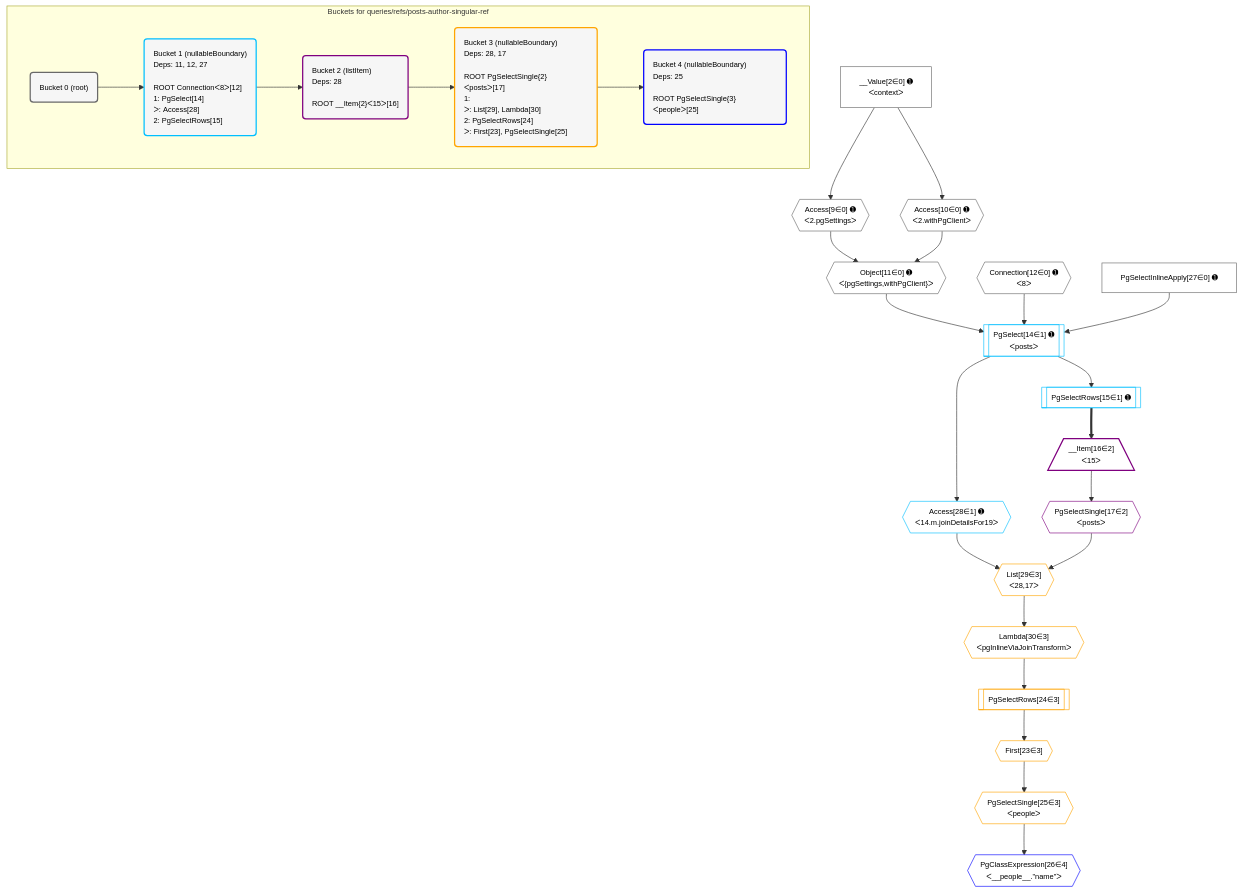
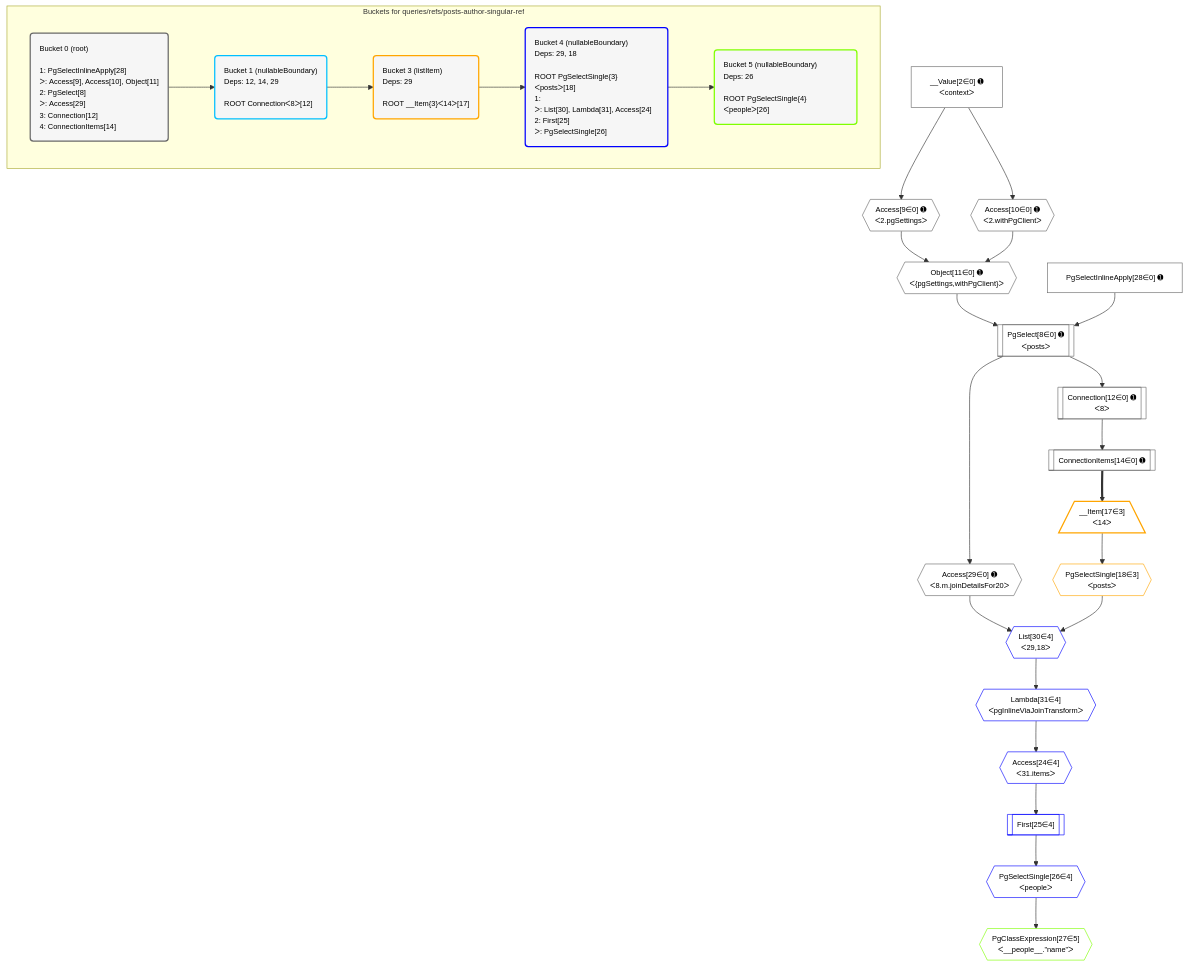
Before and after one commit to graphile/crystal: the diagram in postgraphile/postgraphile/__tests__/queries/refs/posts-author-singular-ref.mermaid, drawn with Mermaid. The commit also changed 2 other files, not shown here.

```diff
--- a/postgraphile/postgraphile/__tests__/queries/refs/posts-author-singular-ref.mermaid
+++ b/postgraphile/postgraphile/__tests__/queries/refs/posts-author-singular-ref.mermaid
@@ -1,65 +1,66 @@
 %%{init: {'themeVariables': { 'fontSize': '12px'}}}%%
 graph TD
     classDef path fill:#eee,stroke:#000,color:#000
     classDef plan fill:#fff,stroke-width:1px,color:#000
     classDef itemplan fill:#fff,stroke-width:2px,color:#000
     classDef unbatchedplan fill:#dff,stroke-width:1px,color:#000
     classDef sideeffectplan fill:#fcc,stroke-width:2px,color:#000
     classDef bucket fill:#f6f6f6,color:#000,stroke-width:2px,text-align:left
 
     subgraph "Buckets for queries/refs/posts-author-singular-ref"
-    Bucket0("Bucket 0 (root)"):::bucket
-    Bucket1("Bucket 1 (nullableBoundary)<br />Deps: 11, 12, 27<br /><br />ROOT Connectionᐸ8ᐳ[12]<br />1: PgSelect[14]<br />ᐳ: Access[28]<br />2: PgSelectRows[15]"):::bucket
-    Bucket2("Bucket 2 (listItem)<br />Deps: 28<br /><br />ROOT __Item{2}ᐸ15ᐳ[16]"):::bucket
-    Bucket3("Bucket 3 (nullableBoundary)<br />Deps: 28, 17<br /><br />ROOT PgSelectSingle{2}ᐸpostsᐳ[17]<br />1: <br />ᐳ: List[29], Lambda[30]<br />2: PgSelectRows[24]<br />ᐳ: First[23], PgSelectSingle[25]"):::bucket
-    Bucket4("Bucket 4 (nullableBoundary)<br />Deps: 25<br /><br />ROOT PgSelectSingle{3}ᐸpeopleᐳ[25]"):::bucket
+    Bucket0("Bucket 0 (root)<br /><br />1: PgSelectInlineApply[28]<br />ᐳ: Access[9], Access[10], Object[11]<br />2: PgSelect[8]<br />ᐳ: Access[29]<br />3: Connection[12]<br />4: ConnectionItems[14]"):::bucket
+    Bucket1("Bucket 1 (nullableBoundary)<br />Deps: 12, 14, 29<br /><br />ROOT Connectionᐸ8ᐳ[12]"):::bucket
+    Bucket3("Bucket 3 (listItem)<br />Deps: 29<br /><br />ROOT __Item{3}ᐸ14ᐳ[17]"):::bucket
+    Bucket4("Bucket 4 (nullableBoundary)<br />Deps: 29, 18<br /><br />ROOT PgSelectSingle{3}ᐸpostsᐳ[18]<br />1: <br />ᐳ: List[30], Lambda[31], Access[24]<br />2: First[25]<br />ᐳ: PgSelectSingle[26]"):::bucket
+    Bucket5("Bucket 5 (nullableBoundary)<br />Deps: 26<br /><br />ROOT PgSelectSingle{4}ᐸpeopleᐳ[26]"):::bucket
     end
     Bucket0 --> Bucket1
-    Bucket1 --> Bucket2
-    Bucket2 --> Bucket3
+    Bucket1 --> Bucket3
     Bucket3 --> Bucket4
+    Bucket4 --> Bucket5
 
     %% plan dependencies
+    PgSelect8[["PgSelect[8∈0] ➊<br />ᐸpostsᐳ"]]:::plan
     Object11{{"Object[11∈0] ➊<br />ᐸ{pgSettings,withPgClient}ᐳ"}}:::plan
+    PgSelectInlineApply28["PgSelectInlineApply[28∈0] ➊"]:::plan
+    Object11 & PgSelectInlineApply28 --> PgSelect8
     Access9{{"Access[9∈0] ➊<br />ᐸ2.pgSettingsᐳ"}}:::plan
     Access10{{"Access[10∈0] ➊<br />ᐸ2.withPgClientᐳ"}}:::plan
     Access9 & Access10 --> Object11
     __Value2["__Value[2∈0] ➊<br />ᐸcontextᐳ"]:::plan
     __Value2 --> Access9
     __Value2 --> Access10
-    Connection12{{"Connection[12∈0] ➊<br />ᐸ8ᐳ"}}:::plan
-    PgSelectInlineApply27["PgSelectInlineApply[27∈0] ➊"]:::plan
-    PgSelect14[["PgSelect[14∈1] ➊<br />ᐸpostsᐳ"]]:::plan
-    Object11 & Connection12 & PgSelectInlineApply27 --> PgSelect14
-    PgSelectRows15[["PgSelectRows[15∈1] ➊"]]:::plan
-    PgSelect14 --> PgSelectRows15
-    Access28{{"Access[28∈1] ➊<br />ᐸ14.m.joinDetailsFor19ᐳ"}}:::plan
-    PgSelect14 --> Access28
-    __Item16[/"__Item[16∈2]<br />ᐸ15ᐳ"\]:::itemplan
-    PgSelectRows15 ==> __Item16
-    PgSelectSingle17{{"PgSelectSingle[17∈2]<br />ᐸpostsᐳ"}}:::plan
-    __Item16 --> PgSelectSingle17
-    List29{{"List[29∈3]<br />ᐸ28,17ᐳ"}}:::plan
-    Access28 & PgSelectSingle17 --> List29
-    First23{{"First[23∈3]"}}:::plan
-    PgSelectRows24[["PgSelectRows[24∈3]"]]:::plan
-    PgSelectRows24 --> First23
-    Lambda30{{"Lambda[30∈3]<br />ᐸpgInlineViaJoinTransformᐳ"}}:::plan
-    Lambda30 --> PgSelectRows24
-    PgSelectSingle25{{"PgSelectSingle[25∈3]<br />ᐸpeopleᐳ"}}:::plan
-    First23 --> PgSelectSingle25
-    List29 --> Lambda30
-    PgClassExpression26{{"PgClassExpression[26∈4]<br />ᐸ__people__.”name”ᐳ"}}:::plan
-    PgSelectSingle25 --> PgClassExpression26
+    Connection12[["Connection[12∈0] ➊<br />ᐸ8ᐳ"]]:::plan
+    PgSelect8 --> Connection12
+    ConnectionItems14[["ConnectionItems[14∈0] ➊"]]:::plan
+    Connection12 --> ConnectionItems14
+    Access29{{"Access[29∈0] ➊<br />ᐸ8.m.joinDetailsFor20ᐳ"}}:::plan
+    PgSelect8 --> Access29
+    __Item17[/"__Item[17∈3]<br />ᐸ14ᐳ"\]:::itemplan
+    ConnectionItems14 ==> __Item17
+    PgSelectSingle18{{"PgSelectSingle[18∈3]<br />ᐸpostsᐳ"}}:::plan
+    __Item17 --> PgSelectSingle18
+    List30{{"List[30∈4]<br />ᐸ29,18ᐳ"}}:::plan
+    Access29 & PgSelectSingle18 --> List30
+    Access24{{"Access[24∈4]<br />ᐸ31.itemsᐳ"}}:::plan
+    Lambda31{{"Lambda[31∈4]<br />ᐸpgInlineViaJoinTransformᐳ"}}:::plan
+    Lambda31 --> Access24
+    First25[["First[25∈4]"]]:::plan
+    Access24 --> First25
+    PgSelectSingle26{{"PgSelectSingle[26∈4]<br />ᐸpeopleᐳ"}}:::plan
+    First25 --> PgSelectSingle26
+    List30 --> Lambda31
+    PgClassExpression27{{"PgClassExpression[27∈5]<br />ᐸ__people__.”name”ᐳ"}}:::plan
+    PgSelectSingle26 --> PgClassExpression27
 
     %% define steps
     classDef bucket0 stroke:#696969
-    class Bucket0,__Value2,Access9,Access10,Object11,Connection12,PgSelectInlineApply27 bucket0
+    class Bucket0,__Value2,PgSelect8,Access9,Access10,Object11,Connection12,ConnectionItems14,PgSelectInlineApply28,Access29 bucket0
     classDef bucket1 stroke:#00bfff
-    class Bucket1,PgSelect14,PgSelectRows15,Access28 bucket1
-    classDef bucket2 stroke:#7f007f
-    class Bucket2,__Item16,PgSelectSingle17 bucket2
+    class Bucket1 bucket1
     classDef bucket3 stroke:#ffa500
-    class Bucket3,First23,PgSelectRows24,PgSelectSingle25,List29,Lambda30 bucket3
+    class Bucket3,__Item17,PgSelectSingle18 bucket3
     classDef bucket4 stroke:#0000ff
-    class Bucket4,PgClassExpression26 bucket4
+    class Bucket4,Access24,First25,PgSelectSingle26,List30,Lambda31 bucket4
+    classDef bucket5 stroke:#7fff00
+    class Bucket5,PgClassExpression27 bucket5
```
